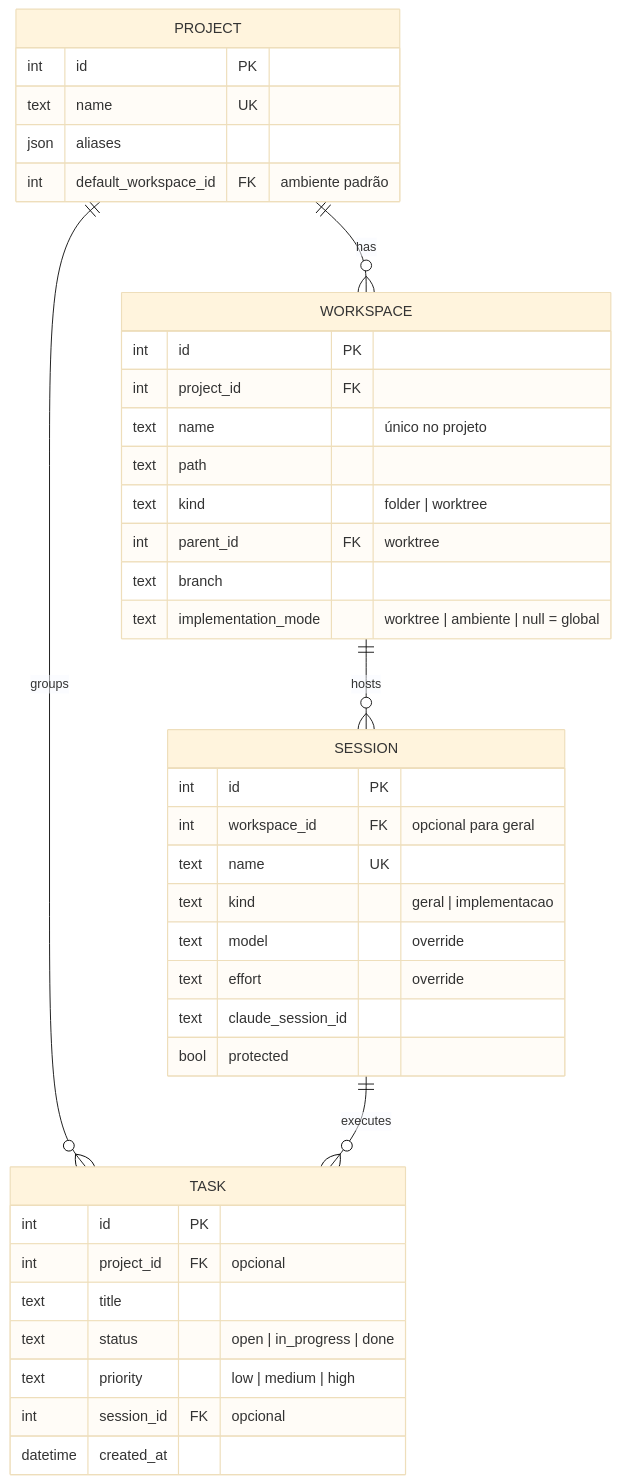
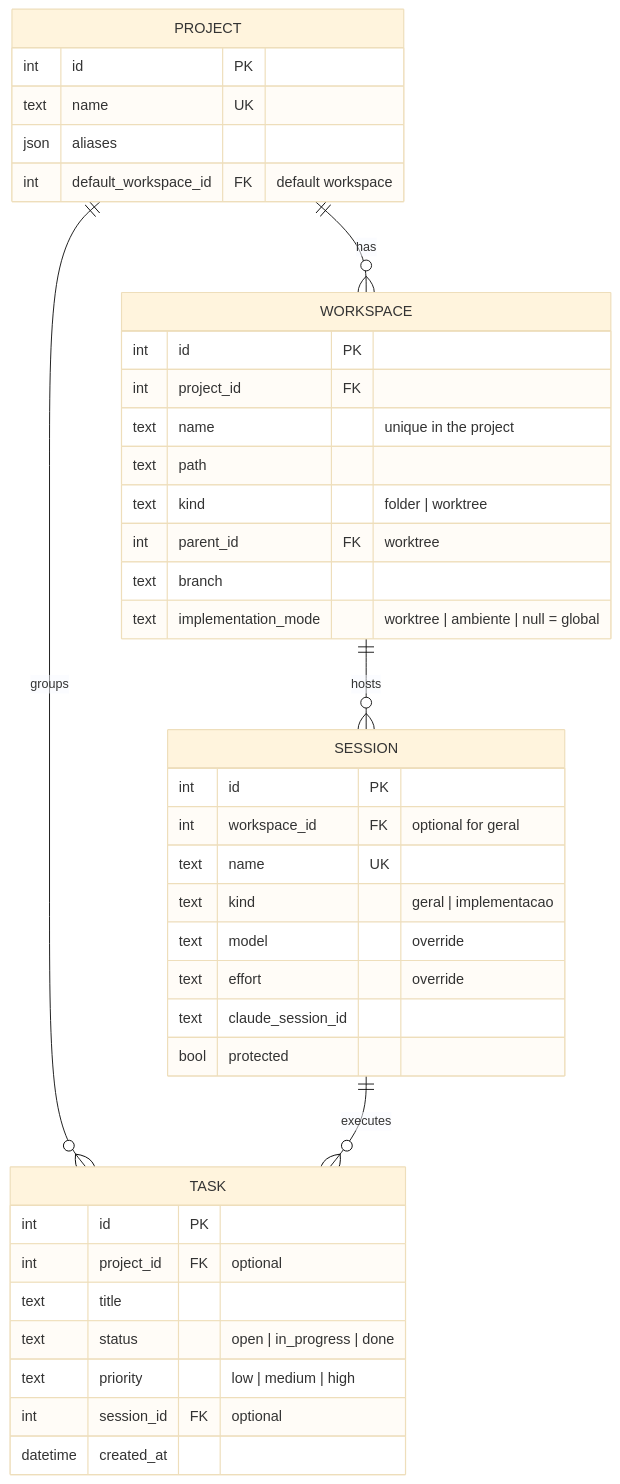
One commit to NavesDev/AlfredAgent changed the fourth of 5 diagrams in docs/ARCHITECTURE.md. Above: the diagram before and after it, drawn with Mermaid (base theme). The commit also changed other lines of this file and 22 other files, not shown here.

First line of the commit message:
docs: translate specs, requirements, architecture, design and ADRs to English

````diff
--- a/docs/ARCHITECTURE.md
+++ b/docs/ARCHITECTURE.md
@@ -190,43 +190,43 @@
 ```mermaid
 erDiagram
     PROJECT ||--o{ WORKSPACE : has
     WORKSPACE ||--o{ SESSION : hosts
     PROJECT ||--o{ TASK : groups
     SESSION ||--o{ TASK : executes
 
     PROJECT {
         int id PK
         text name UK
         json aliases
-        int default_workspace_id FK "ambiente padrão"
+        int default_workspace_id FK "default workspace"
     }
     WORKSPACE {
         int id PK
         int project_id FK
-        text name "único no projeto"
+        text name "unique in the project"
         text path
         text kind "folder | worktree"
         int parent_id FK "worktree"
         text branch
         text implementation_mode "worktree | ambiente | null = global"
     }
     SESSION {
         int id PK
-        int workspace_id FK "opcional para geral"
+        int workspace_id FK "optional for geral"
         text name UK
         text kind "geral | implementacao"
         text model "override"
         text effort "override"
         text claude_session_id
         bool protected
     }
     TASK {
         int id PK
-        int project_id FK "opcional"
+        int project_id FK "optional"
         text title
         text status "open | in_progress | done"
         text priority "low | medium | high"
-        int session_id FK "opcional"
+        int session_id FK "optional"
         datetime created_at
     }
 ```
````
